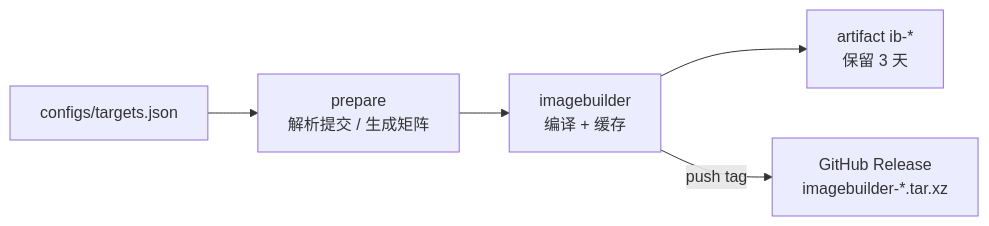
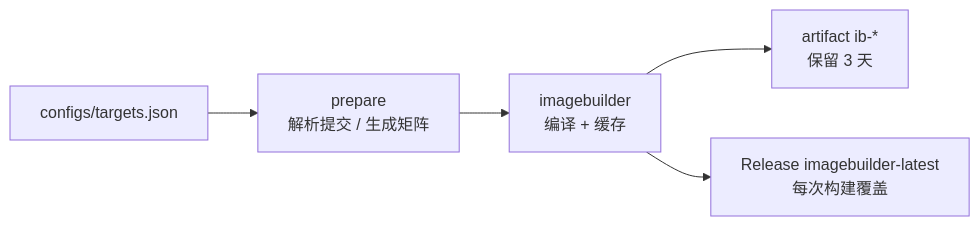
Before and after one commit to xujw-org/lede-build: the diagram in README.md, drawn with Mermaid. The commit also changed other lines of this file and 1 other file, not shown here.

Commit message:
feat: 每次构建更新固定 Release imagebuilder-latest

````diff
--- a/README.md
+++ b/README.md
@@ -7,7 +7,7 @@
 ```mermaid
 flowchart LR
   A[configs/targets.json] --> B[prepare<br/>解析提交 / 生成矩阵]
   B --> C[imagebuilder<br/>编译 + 缓存]
   C --> D[artifact ib-*<br/>保留 3 天]
-  C -->|push tag| E[GitHub Release<br/>imagebuilder-*.tar.xz]
+  C --> E[Release imagebuilder-latest<br/>每次构建覆盖]
 ```
````
